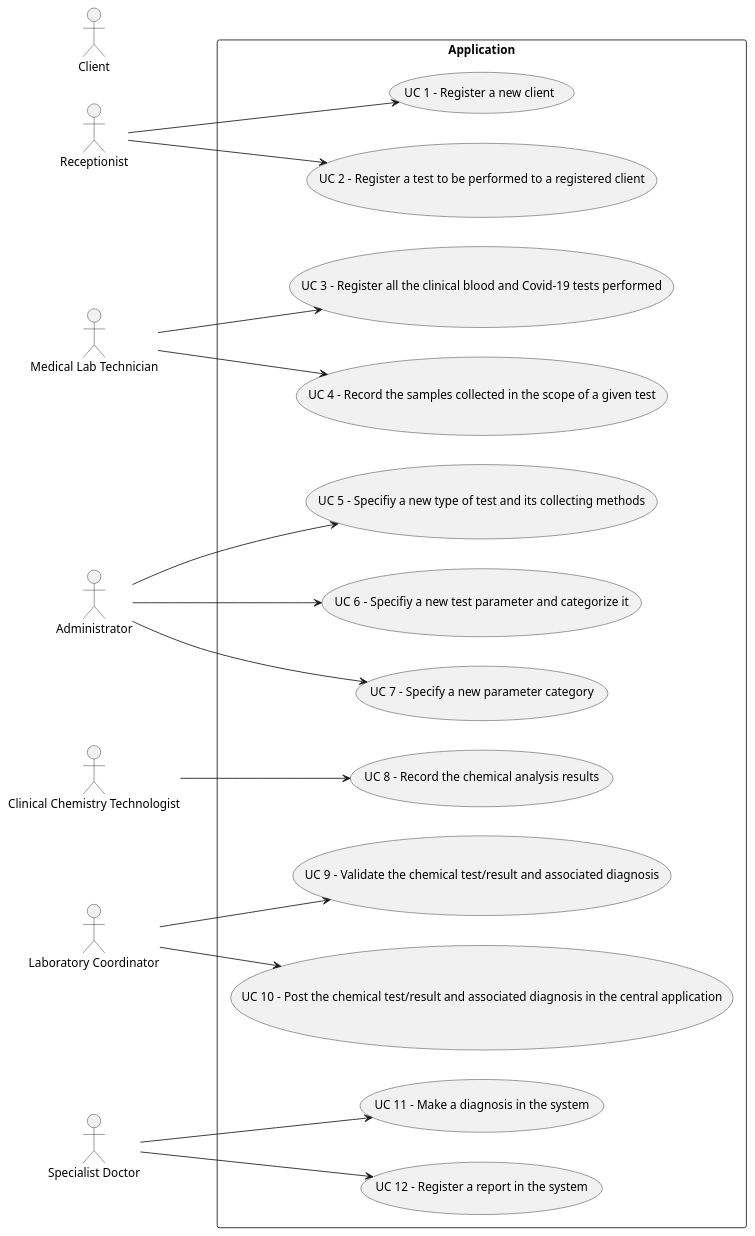
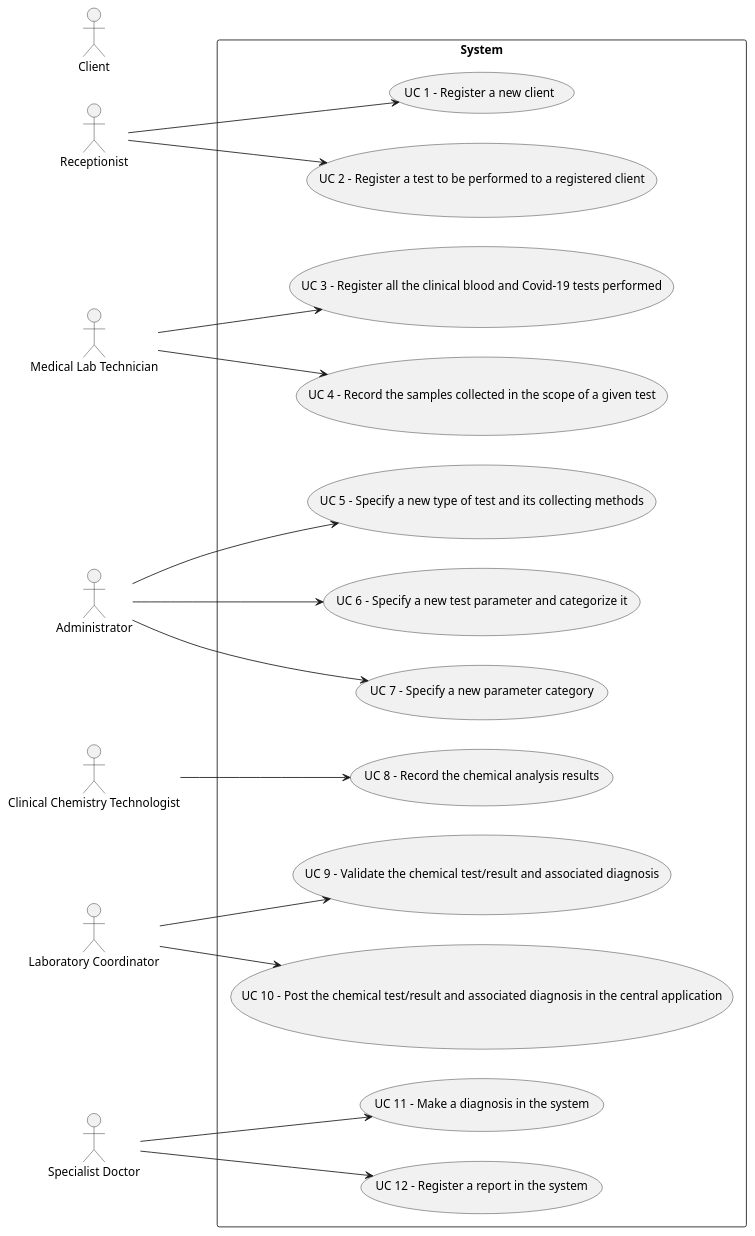
Before and after one commit to ana-albergaria/LAPR2-ISEP: the diagram in docs/SprintA/Use Case Diagram.puml, drawn with PlantUML. The commit also changed 3 other files, not shown here.

Commit message:
Corrections in FURPS+ and Use Case Diagram

```diff
--- a/docs/SprintA/Use Case Diagram.puml
+++ b/docs/SprintA/Use Case Diagram.puml
@@ -1,32 +1,32 @@
 @startuml
 
 left to right direction
 skinparam packageStyle rectangle
 actor Receptionist
 actor "Medical Lab Technician" as MLT
 actor Administrator
 actor "Clinical Chemistry Technologist" as CCT
 actor "Laboratory Coordinator" as LC
 actor "Specialist Doctor" as SD
 actor Client
 
 
 
-rectangle Application {
+rectangle System {
 Receptionist --> (UC 1 - Register a new client)
 Receptionist --> (UC 2 - Register a test to be performed to a registered client)
 MLT --> (UC 3 - Register all the clinical blood and Covid-19 tests performed)
 MLT --> (UC 4 - Record the samples collected in the scope of a given test)
 CCT --> (UC 8 - Record the chemical analysis results)
-Administrator --> (UC 5 - Specifiy a new type of test and its collecting methods)
-Administrator --> (UC 6 - Specifiy a new test parameter and categorize it)
+Administrator --> (UC 5 - Specify a new type of test and its collecting methods)
+Administrator --> (UC 6 - Specify a new test parameter and categorize it)
 Administrator --> (UC 7 - Specify a new parameter category)
 SD --> (UC 11 - Make a diagnosis in the system)
 SD --> (UC 12 - Register a report in the system)
 LC --> (UC 9 - Validate the chemical test/result and associated diagnosis)
 LC --> (UC 10 - Post the chemical test/result and associated diagnosis in the central application)
 
 }
 
 
 @enduml
```
